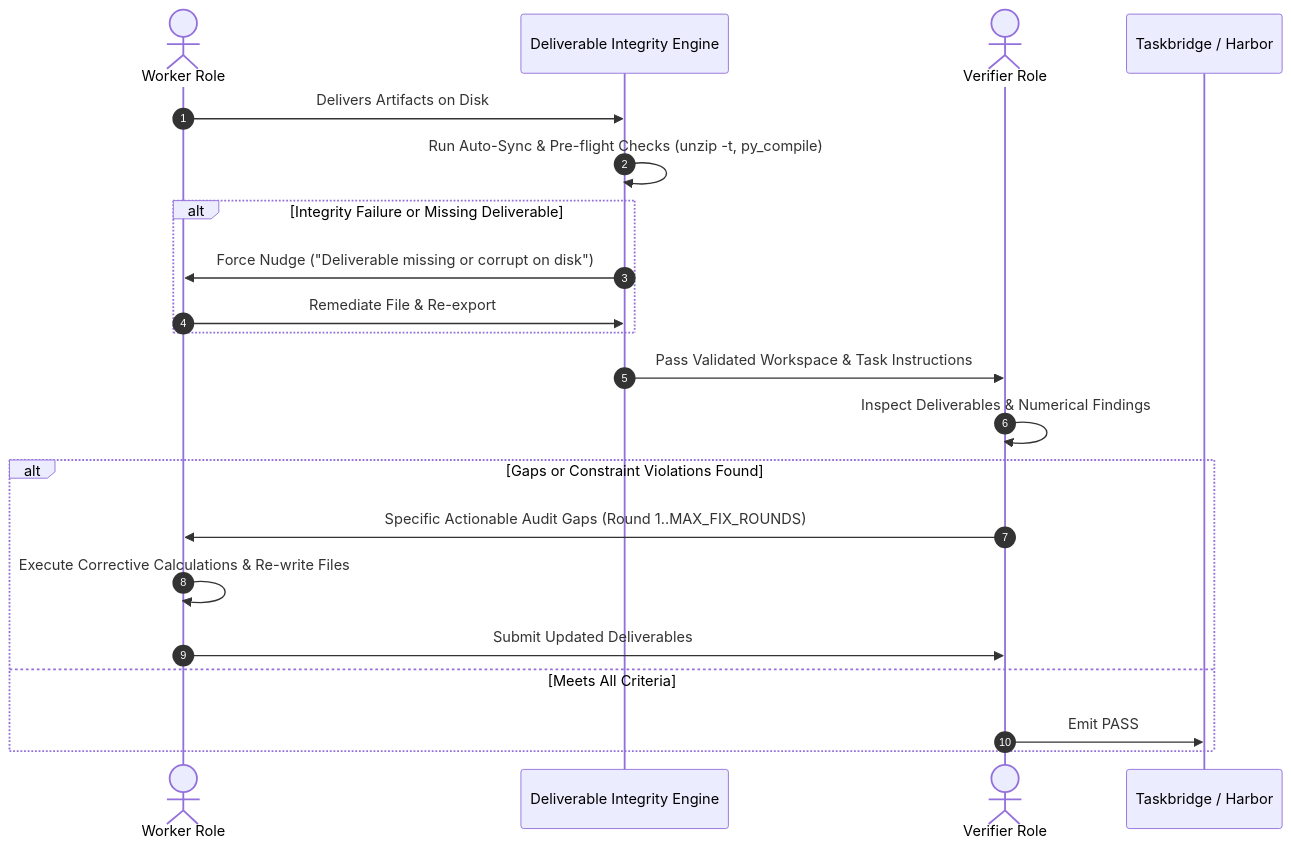
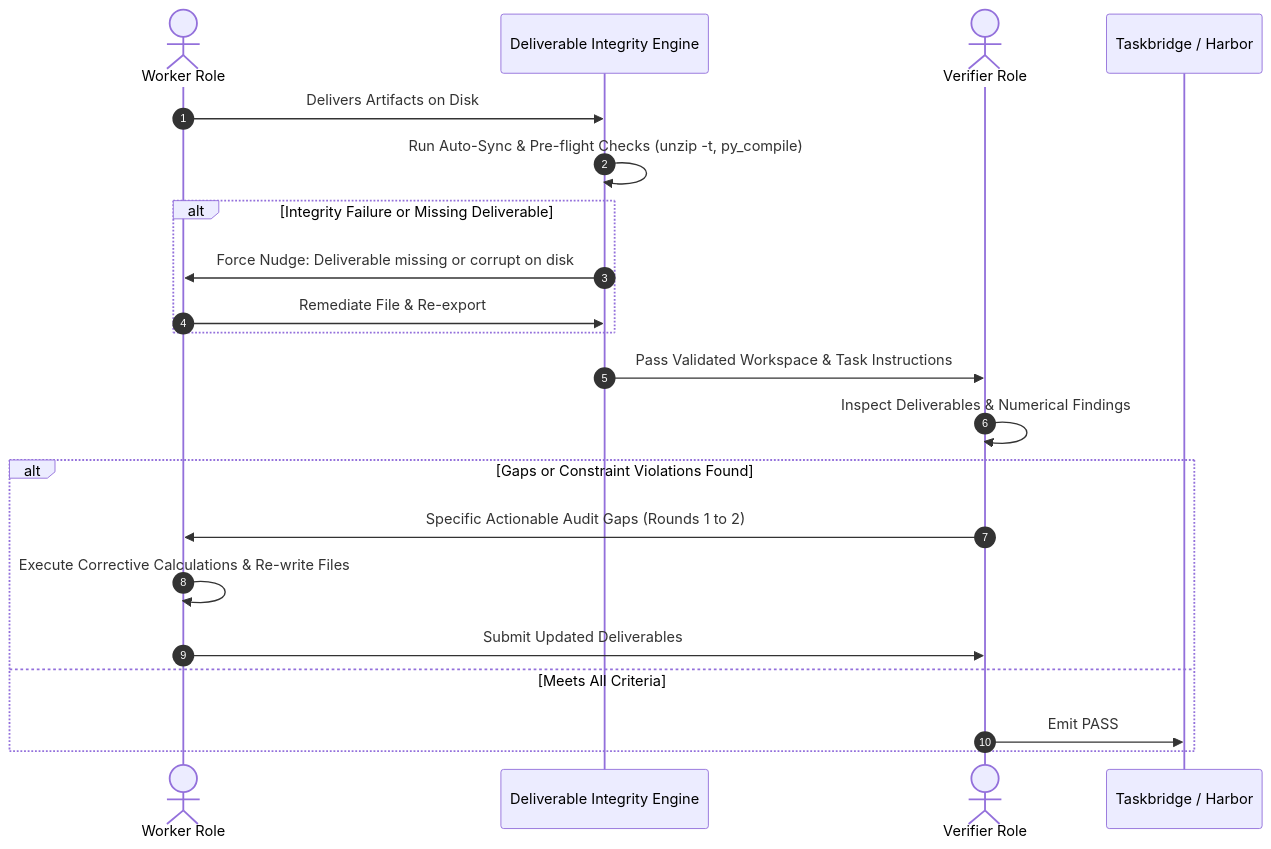
One commit to arnabnandy7/physical-engineerings-last-exam changed the second of 4 diagrams in docs/stage1TechnicalWriteup.md. Above: the diagram before and after it, drawn with Mermaid. The commit also changed other lines of this file, not shown here.

Commit message:
docs: resolve mermaid syntax, math blocks, and code fences for GitHub rendering

````diff
--- a/docs/stage1TechnicalWriteup.md
+++ b/docs/stage1TechnicalWriteup.md
@@ -220,24 +226,24 @@
 ```mermaid
 sequenceDiagram
     autonumber
     actor W as Worker Role
     participant E as Deliverable Integrity Engine
     actor V as Verifier Role
     participant H as Taskbridge / Harbor
 
     W->>E: Delivers Artifacts on Disk
     E->>E: Run Auto-Sync & Pre-flight Checks (unzip -t, py_compile)
     alt Integrity Failure or Missing Deliverable
-        E->>W: Force Nudge ("Deliverable missing or corrupt on disk")
+        E->>W: Force Nudge: Deliverable missing or corrupt on disk
         W->>E: Remediate File & Re-export
     end
     E->>V: Pass Validated Workspace & Task Instructions
     V->>V: Inspect Deliverables & Numerical Findings
     alt Gaps or Constraint Violations Found
-        V->>W: Specific Actionable Audit Gaps (Round 1..MAX_FIX_ROUNDS)
+        V->>W: Specific Actionable Audit Gaps (Rounds 1 to 2)
         W->>W: Execute Corrective Calculations & Re-write Files
         W->>V: Submit Updated Deliverables
     else Meets All Criteria
         V->>H: Emit PASS
     end
 ```
````
